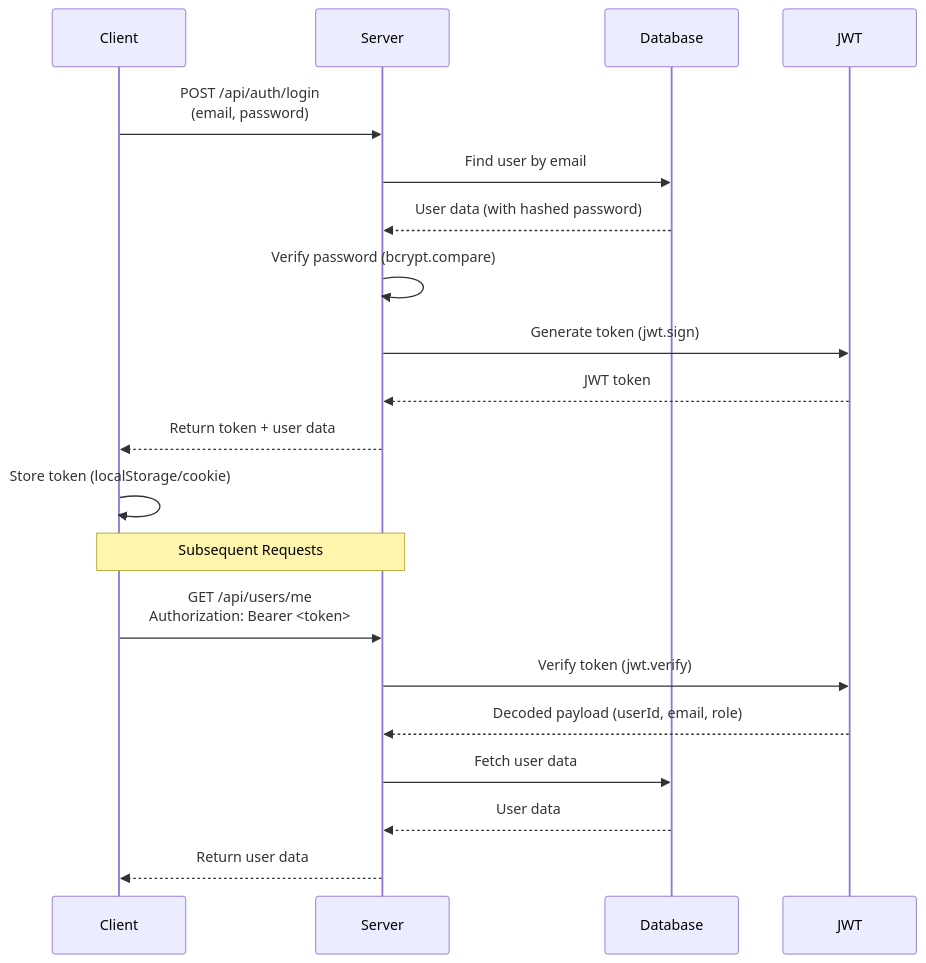
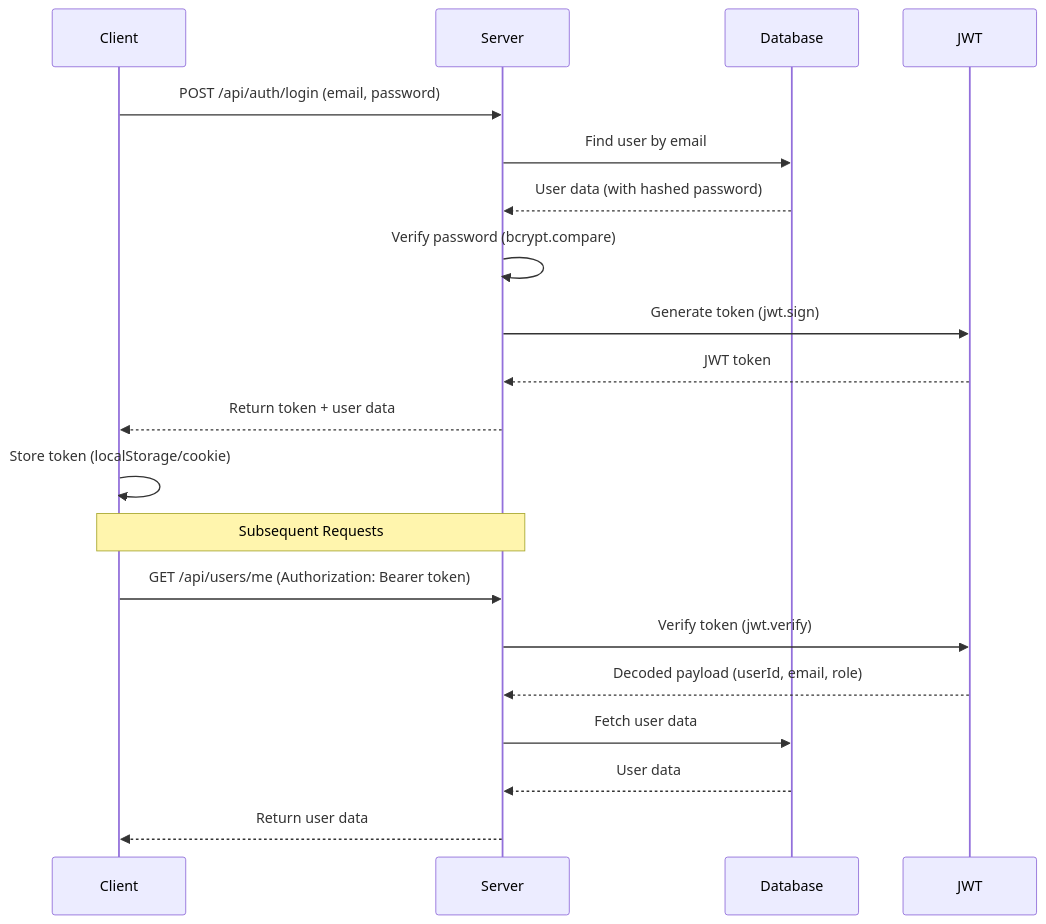
The second of 6 diagrams in level-04-authentication-security/lesson-01-jwt-authentication-ENHANCED-EXAMPLE.md (N-Dave-08/fs-course-backend), drawn with Mermaid before and after one commit. The commit also changed other lines of this file and 7 other files, not shown here.

````diff
--- a/level-04-authentication-security/lesson-01-jwt-authentication-ENHANCED-EXAMPLE.md
+++ b/level-04-authentication-security/lesson-01-jwt-authentication-ENHANCED-EXAMPLE.md
@@ -291,24 +302,24 @@
 ```mermaid
 sequenceDiagram
     participant Client
     participant Server
     participant Database
     participant JWT
     
-    Client->>Server: POST /api/auth/login<br/>(email, password)
+    Client->>Server: POST /api/auth/login (email, password)
     Server->>Database: Find user by email
     Database-->>Server: User data (with hashed password)
     Server->>Server: Verify password (bcrypt.compare)
     Server->>JWT: Generate token (jwt.sign)
     JWT-->>Server: JWT token
     Server-->>Client: Return token + user data
     Client->>Client: Store token (localStorage/cookie)
     
     Note over Client,Server: Subsequent Requests
-    Client->>Server: GET /api/users/me<br/>Authorization: Bearer <token>
+    Client->>Server: GET /api/users/me (Authorization: Bearer token)
     Server->>JWT: Verify token (jwt.verify)
     JWT-->>Server: Decoded payload (userId, email, role)
     Server->>Database: Fetch user data
     Database-->>Server: User data
     Server-->>Client: Return user data
 ```
````
